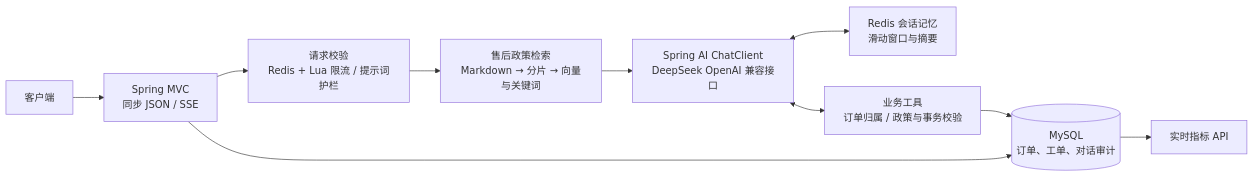
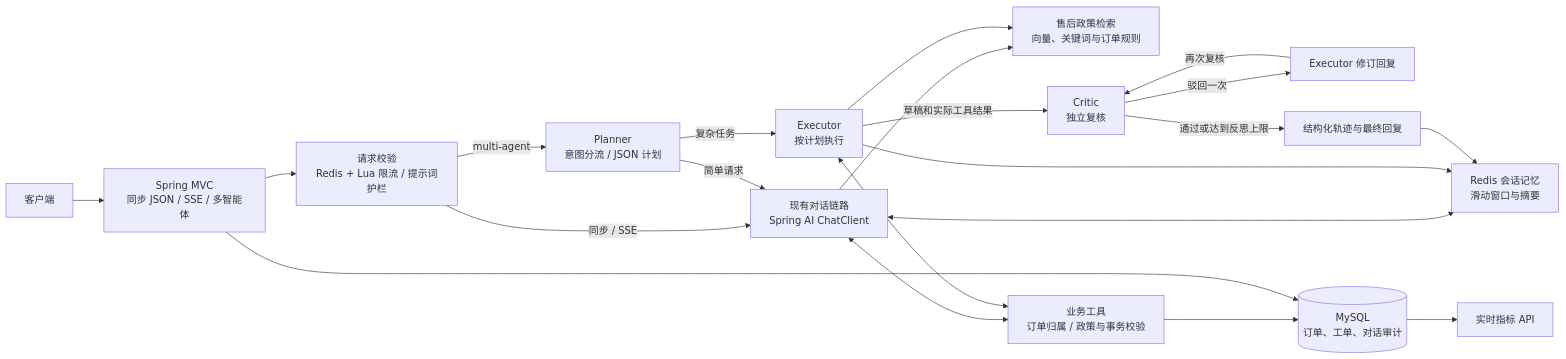
Before and after one commit to Brown3037/enterprise-copilot-agent: the diagram in README.md, drawn with Mermaid. The commit also changed other lines of this file and 16 other files, not shown here.

Commit message:
feat(agent): implement Multi-Agent collaboration with Planner, Executor, Critic and Self-Reflection

````diff
--- a/README.md
+++ b/README.md
@@ -7,12 +7,23 @@
 ```mermaid
 flowchart LR
-    Client["客户端"] --> API["Spring MVC<br/>同步 JSON / SSE"]
+    Client["客户端"] --> API["Spring MVC<br/>同步 JSON / SSE / 多智能体"]
     API --> Guard["请求校验<br/>Redis + Lua 限流 / 提示词护栏"]
-    Guard --> RAG["售后政策检索<br/>Markdown → 分片 → 向量与关键词"]
-    RAG --> Agent["Spring AI ChatClient<br/>DeepSeek OpenAI 兼容接口"]
+    Guard -->|同步 / SSE| Agent["现有对话链路<br/>Spring AI ChatClient"]
+    Guard -->|multi-agent| Planner["Planner<br/>意图分流 / JSON 计划"]
+    Planner -->|简单请求| Agent
+    Planner -->|复杂任务| Executor["Executor<br/>按计划执行"]
+    Agent --> RAG["售后政策检索<br/>向量、关键词与订单规则"]
+    Executor --> RAG
+    Executor -->|草稿和实际工具结果| Critic["Critic<br/>独立复核"]
+    Critic -->|驳回一次| Revision["Executor 修订回复"]
+    Revision -->|再次复核| Critic
+    Critic -->|通过或达到反思上限| Final["结构化轨迹与最终回复"]
     Agent <--> Memory["Redis 会话记忆<br/>滑动窗口与摘要"]
+    Executor --> Memory
+    Final --> Memory
     Agent <--> Tools["业务工具<br/>订单归属 / 政策与事务校验"]
+    Executor <--> Tools
     Tools --> DB[("MySQL<br/>订单、工单、对话审计")]
     API --> DB
     DB --> Metrics["实时指标 API"]
 ```
````
